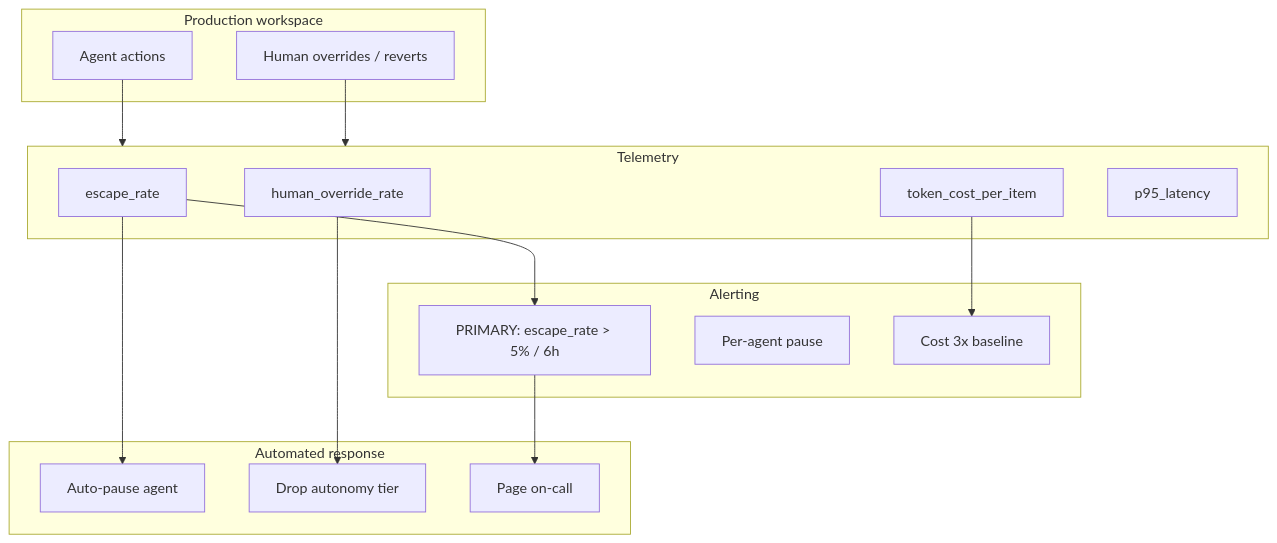
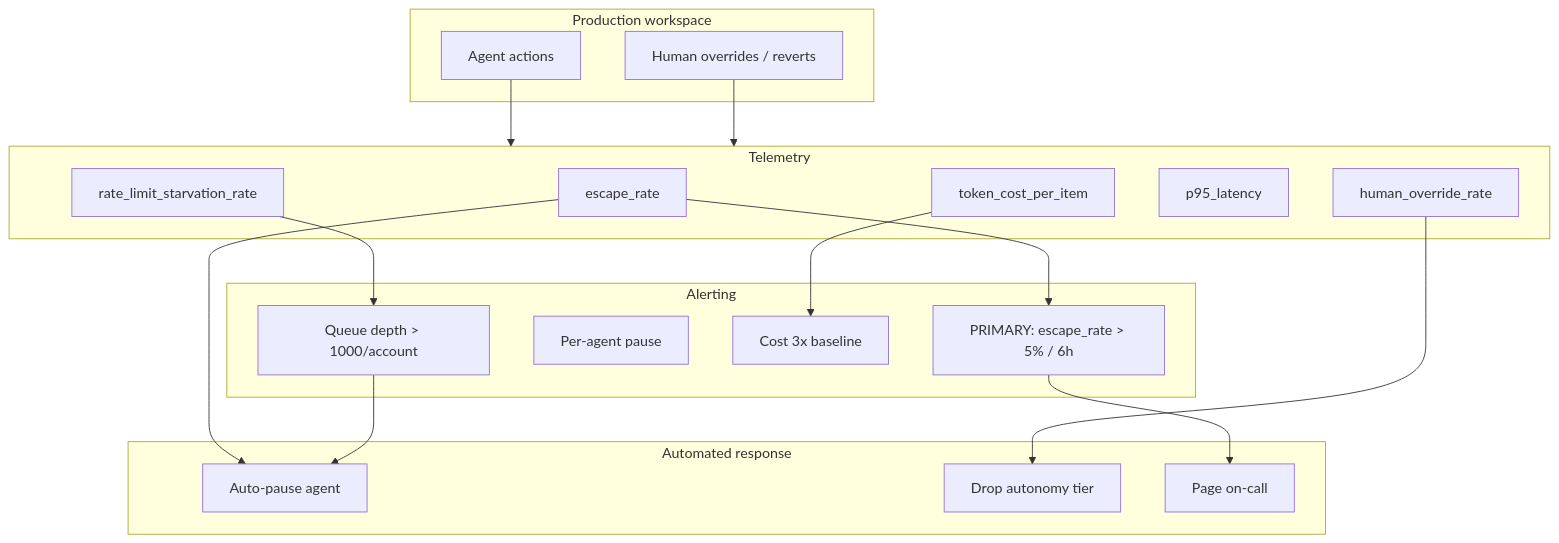
One commit to Galina-Blokh/monday-system changed diagram 13 of 14 in monday_agent_system_design.md. Above: the diagram before and after it, drawn with Mermaid. The commit also changed other lines of this file, not shown here.

````diff
--- a/monday_agent_system_design.md
+++ b/monday_agent_system_design.md
@@ -702,33 +725,36 @@
 ```mermaid
 flowchart TB
   subgraph PROD["Production workspace"]
     ACT[Agent actions]
     USR[Human overrides / reverts]
   end
 
   subgraph METRICS["Telemetry"]
     ESC[escape_rate]
     OVR[human_override_rate]
     COST[token_cost_per_item]
     LAT[p95_latency]
+    RATE[rate_limit_starvation_rate]
   end
 
   subgraph ALERTS["Alerting"]
     P1[PRIMARY: escape_rate > 5% / 6h]
     P2[Per-agent pause]
     P3[Cost 3x baseline]
+    P4[Queue depth > 1000/account]
   end
 
   subgraph RESPONSE["Automated response"]
     PAUSE[Auto-pause agent]
     TIER[Drop autonomy tier]
     PAGE[Page on-call]
   end
 
   ACT --> METRICS
   USR --> METRICS
   ESC --> P1 --> PAGE
   ESC --> PAUSE
   OVR --> TIER
   COST --> P3
+  RATE --> P4 --> PAUSE
 ```
````
